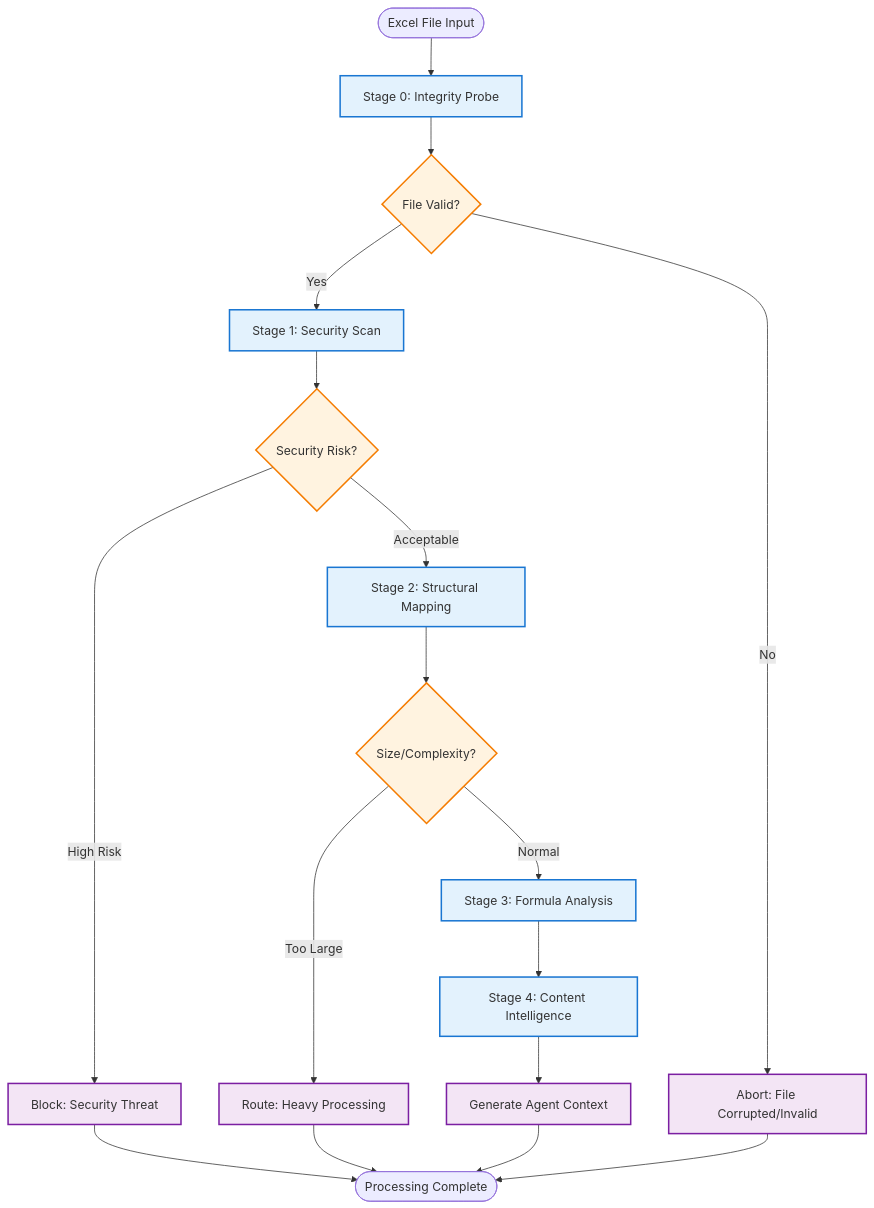
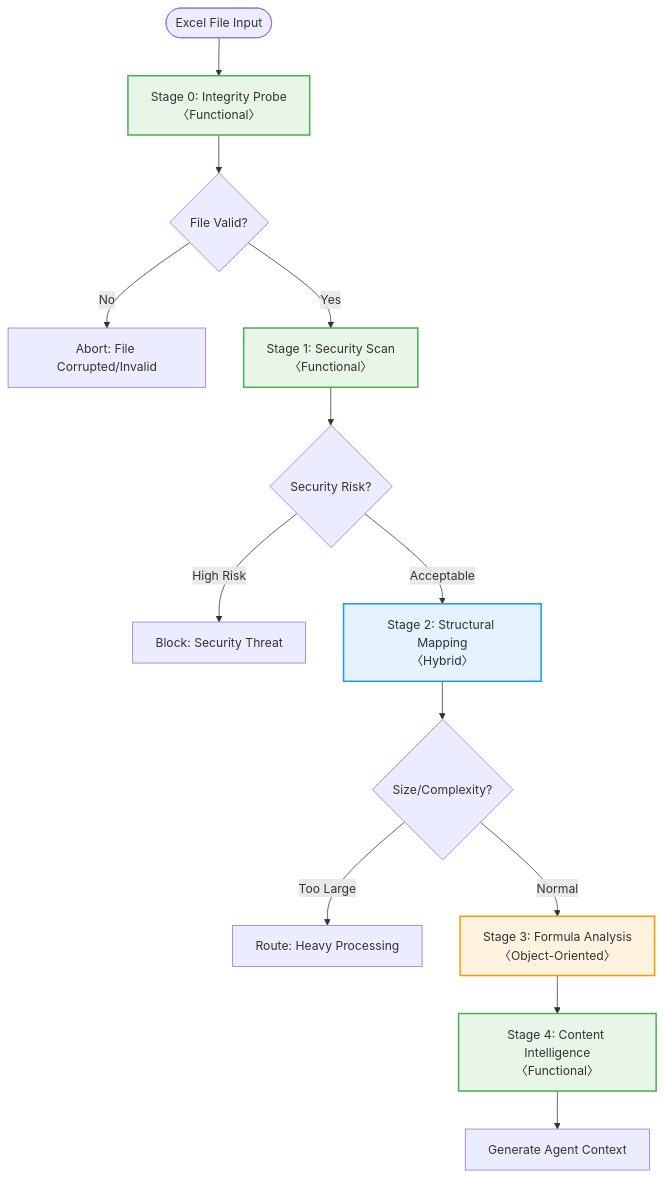
The diagram in docs/design/deterministic-analysis-pipeline.md (cheickmec/spreadsheet-analyzer), drawn with Mermaid before and after one commit. The commit also changed other lines of this file and 6 other files, not shown here.

````diff
--- a/docs/design/deterministic-analysis-pipeline.md
+++ b/docs/design/deterministic-analysis-pipeline.md
@@ -15,32 +31,27 @@
 ```mermaid
 flowchart TD
-    START([Excel File Input]) --> STAGE0[Stage 0: Integrity Probe]
+    START([Excel File Input]) --> STAGE0[Stage 0: Integrity Probe<br/>〈Functional〉]
 
     STAGE0 --> CHECK0{File Valid?}
     CHECK0 -->|No| ABORT[Abort: File Corrupted/Invalid]
-    CHECK0 -->|Yes| STAGE1[Stage 1: Security Scan]
+    CHECK0 -->|Yes| STAGE1[Stage 1: Security Scan<br/>〈Functional〉]
 
     STAGE1 --> CHECK1{Security Risk?}
     CHECK1 -->|High Risk| BLOCK[Block: Security Threat]
-    CHECK1 -->|Acceptable| STAGE2[Stage 2: Structural Mapping]
+    CHECK1 -->|Acceptable| STAGE2[Stage 2: Structural Mapping<br/>〈Hybrid〉]
 
     STAGE2 --> CHECK2{Size/Complexity?}
     CHECK2 -->|Too Large| ROUTE[Route: Heavy Processing]
-    CHECK2 -->|Normal| STAGE3[Stage 3: Formula Analysis]
+    CHECK2 -->|Normal| STAGE3[Stage 3: Formula Analysis<br/>〈Object-Oriented〉]
 
-    STAGE3 --> STAGE4[Stage 4: Content Intelligence]
+    STAGE3 --> STAGE4[Stage 4: Content Intelligence<br/>〈Functional〉]
     STAGE4 --> COMPLETE[Generate Agent Context]
 
-    BLOCK --> END([Processing Complete])
-    ROUTE --> END
-    COMPLETE --> END
-    ABORT --> END
+    classDef functional fill:#e8f5e9,stroke:#4caf50,stroke-width:2px
+    classDef oop fill:#fff3e0,stroke:#ff9800,stroke-width:2px
+    classDef hybrid fill:#e3f2fd,stroke:#2196f3,stroke-width:2px
 
-    classDef stage fill:#e3f2fd,stroke:#1976d2,stroke-width:2px
-    classDef check fill:#fff3e0,stroke:#f57c00,stroke-width:2px
-    classDef terminal fill:#f3e5f5,stroke:#7b1fa2,stroke-width:2px
-
-    class STAGE0,STAGE1,STAGE2,STAGE3,STAGE4 stage
-    class CHECK0,CHECK1,CHECK2 check
-    class ABORT,BLOCK,ROUTE,COMPLETE terminal
+    class STAGE0,STAGE1,STAGE4 functional
+    class STAGE3 oop
+    class STAGE2 hybrid
 ```
````
